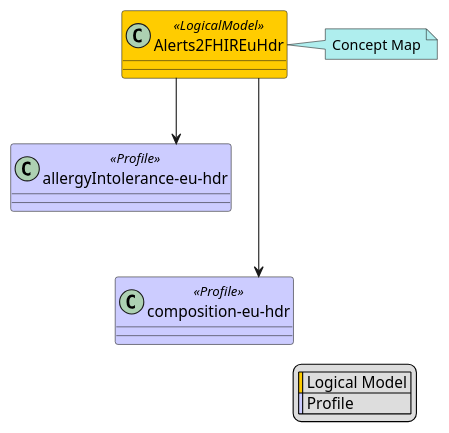
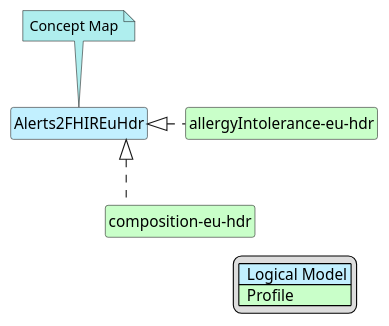
The diagram in input/images-source/Alerts2FHIREuHdr-map.plantuml (hl7-eu/hdr), drawn with PlantUML before and after one commit. The commit also changed 3 other files, not shown here.

Commit message:
updated the map diagrams

```diff
--- a/input/images-source/Alerts2FHIREuHdr-map.plantuml
+++ b/input/images-source/Alerts2FHIREuHdr-map.plantuml
@@ -1,20 +1,24 @@
 @startuml
+hide circle
+hide stereotype
+hide members
+hide methods
+skinparam linetype ortho
 skinparam class {
-    BackgroundColor<<LogicalModel>> #FFCC00
-    BackgroundColor<<Profile>> #CCCCFF
+BackgroundColor<<LogicalModel>> #APPLICATION
+BackgroundColor<<Profile>> #TECHNOLOGY
 }
-skinparam linetype ortho
 legend right
-  | <#FFCC00> | Logical Model |
-  | <#CCCCFF> | Profile |
+| <#APPLICATION>  Logical Model |
+| <#TECHNOLOGY>  Profile |
 endlegend
 class "Alerts2FHIREuHdr" <<LogicalModel>> [[StructureDefinition-Alerts2FHIREuHdr.html]]
-note right #PaleTurquoise [[ConceptMap-alerts2FHIR-eu-hdr.html]]
+note top #PaleTurquoise [[ConceptMap-alerts2FHIR-eu-hdr.html]]
 Concept Map
 endnote
 class "allergyIntolerance-eu-hdr" <<Profile>> [[StructureDefinition-allergyIntolerance-eu-hdr.html]]
-"Alerts2FHIREuHdr" --> "allergyIntolerance-eu-hdr"
+"Alerts2FHIREuHdr" <|. "allergyIntolerance-eu-hdr"
 class "composition-eu-hdr" <<Profile>> [[StructureDefinition-composition-eu-hdr.html]]
-"Alerts2FHIREuHdr" --> "composition-eu-hdr"
-"allergyIntolerance-eu-hdr" -[hidden]-> "composition-eu-hdr"
+"Alerts2FHIREuHdr" <|. "composition-eu-hdr"
+"allergyIntolerance-eu-hdr" -d[hidden]-> "composition-eu-hdr"
 @enduml
```
